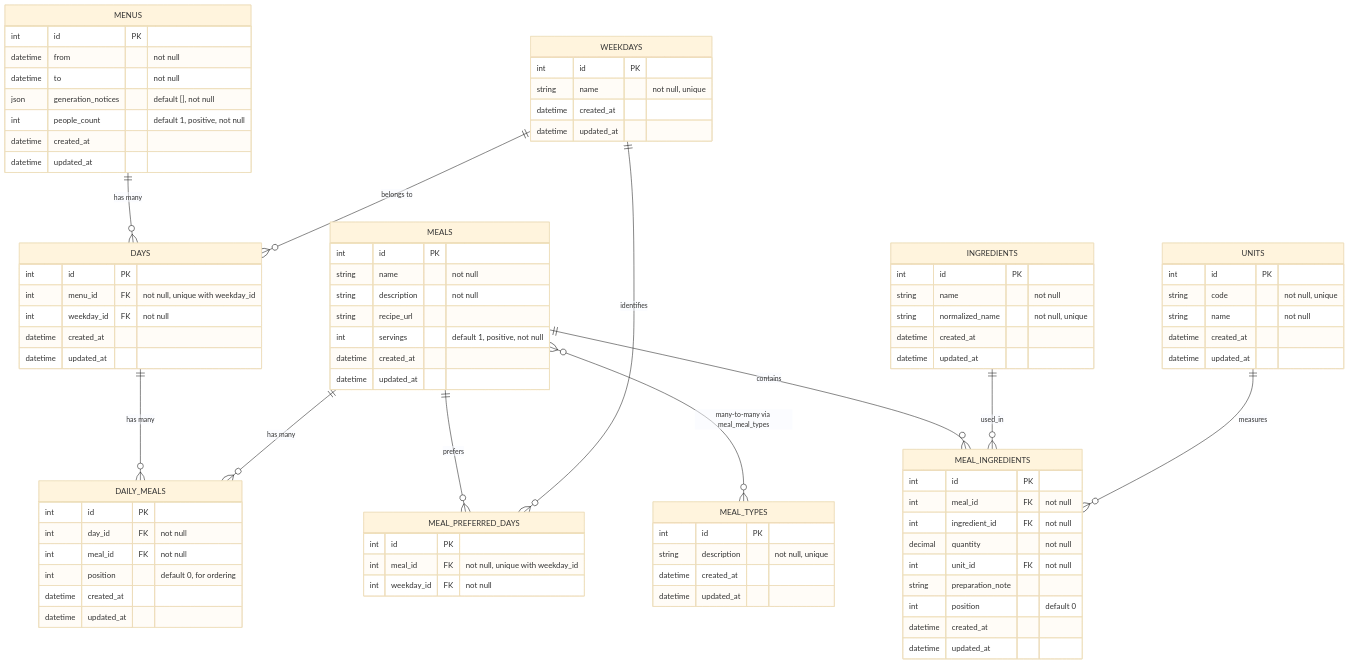
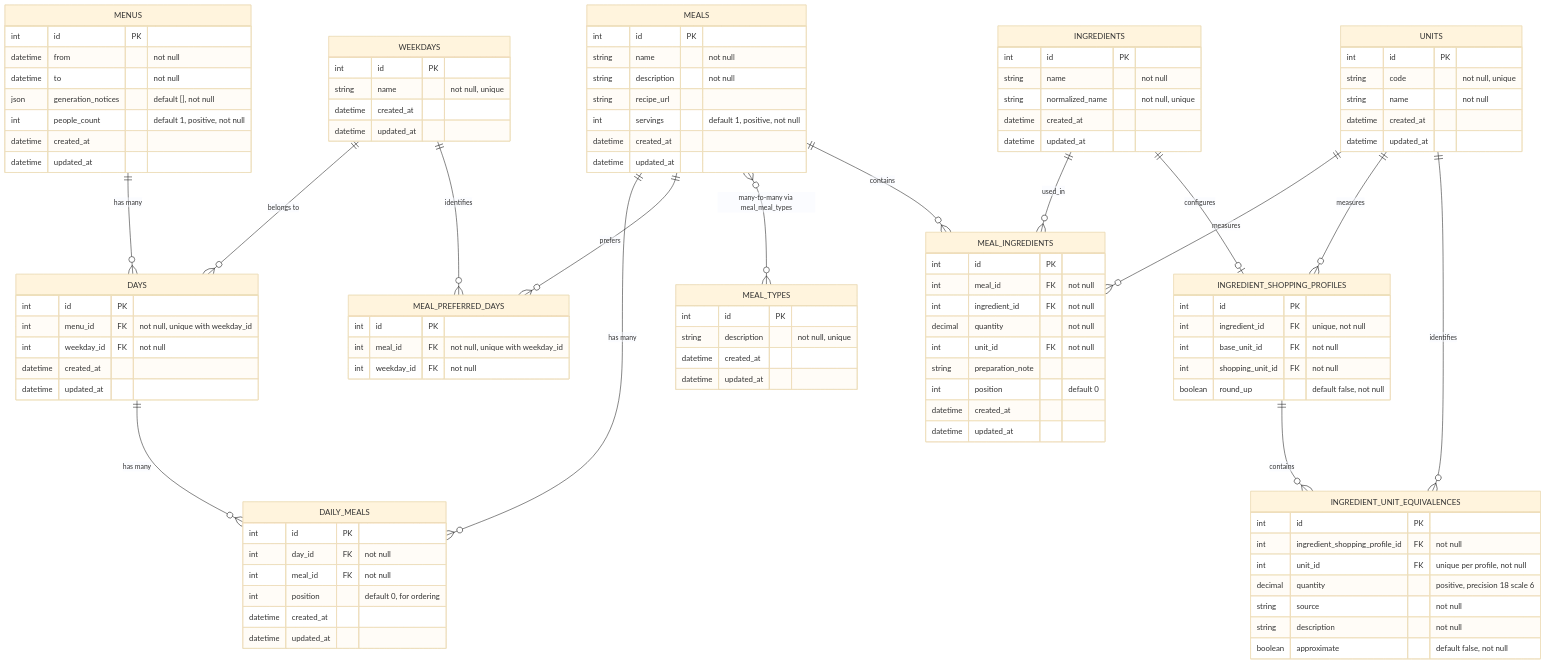
Before and after one commit to DarthCharles/meal_planner: the diagram in docs/database.md, drawn with Mermaid (base theme). The commit also changed other lines of this file and 35 other files, not shown here.

Commit message:
Add ingredient shopping profiles and unit equivalences

```diff
--- a/docs/database.md
+++ b/docs/database.md
@@ -16,6 +16,28 @@
   MEALS ||--o{ MEAL_INGREDIENTS : contains
   INGREDIENTS ||--o{ MEAL_INGREDIENTS : used_in
   UNITS ||--o{ MEAL_INGREDIENTS : measures
+  INGREDIENTS ||--o| INGREDIENT_SHOPPING_PROFILES : configures
+  INGREDIENT_SHOPPING_PROFILES ||--o{ INGREDIENT_UNIT_EQUIVALENCES : contains
+  UNITS ||--o{ INGREDIENT_SHOPPING_PROFILES : measures
+  UNITS ||--o{ INGREDIENT_UNIT_EQUIVALENCES : identifies
+
+  INGREDIENT_SHOPPING_PROFILES {
+    int id PK
+    int ingredient_id FK "unique, not null"
+    int base_unit_id FK "not null"
+    int shopping_unit_id FK "not null"
+    boolean round_up "default false, not null"
+  }
+
+  INGREDIENT_UNIT_EQUIVALENCES {
+    int id PK
+    int ingredient_shopping_profile_id FK "not null"
+    int unit_id FK "unique per profile, not null"
+    decimal quantity "positive, precision 18 scale 6"
+    string source "not null"
+    string description "not null"
+    boolean approximate "default false, not null"
+  }
 
   MENUS {
     int id PK
```
